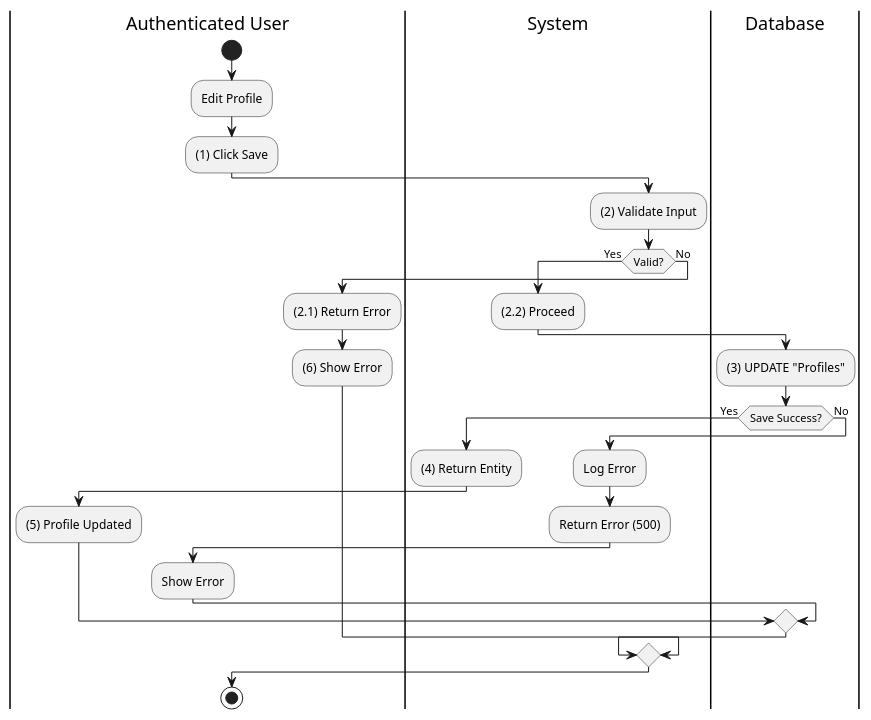
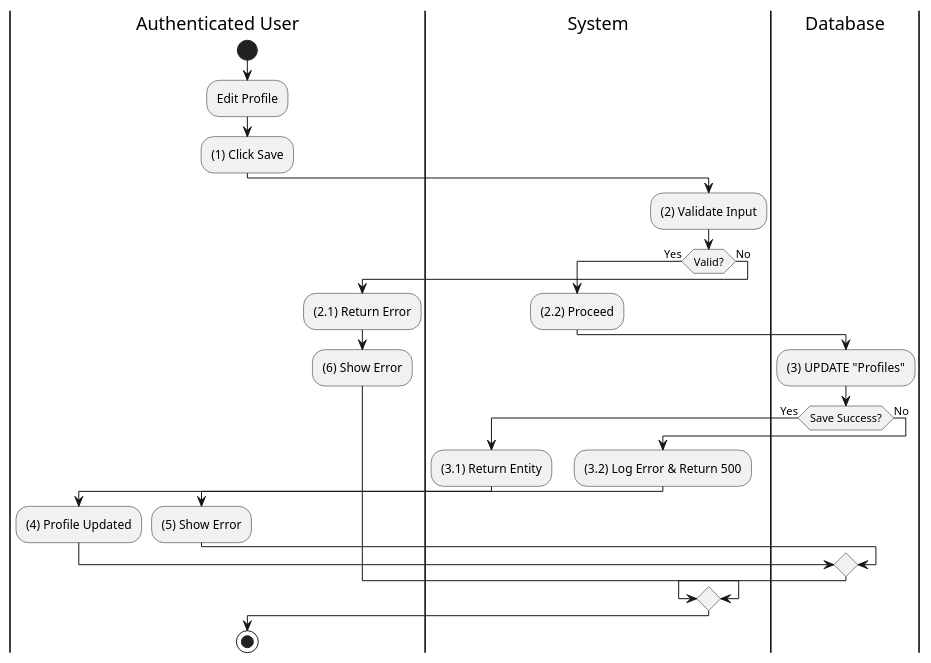
The third of 8 diagrams in UC_2.1.9_Adjust_User_Settings.md (I-Love-U-3000/Favi-BE), drawn with PlantUML before and after one commit. The commit also changed other lines of this file and 36 other files, not shown here.

````diff
--- a/UC_2.1.9_Adjust_User_Settings.md
+++ b/UC_2.1.9_Adjust_User_Settings.md
@@ -39,32 +111,31 @@
 ```plantuml
 @startuml
 |Authenticated User|
 start
 :Edit Profile;
 :(1) Click Save;
 |System|
 :(2) Validate Input;
 if (Valid?) then (Yes)
   :(2.2) Proceed;
   |Database|
   :(3) UPDATE "Profiles";
   if (Save Success?) then (Yes)
       |System|
-      :(4) Return Entity;
+      :(3.1) Return Entity;
       |Authenticated User|
-      :(5) Profile Updated;
+      :(4) Profile Updated;
   else (No)
       |System|
-      :Log Error;
-      :Return Error (500);
+      :(3.2) Log Error & Return 500;
       |Authenticated User|
-      :Show Error;
+      :(5) Show Error;
   endif
 else (No)
   :(2.1) Return Error;
   |Authenticated User|
   :(6) Show Error;
 endif
 stop
 @enduml
 ```
````
